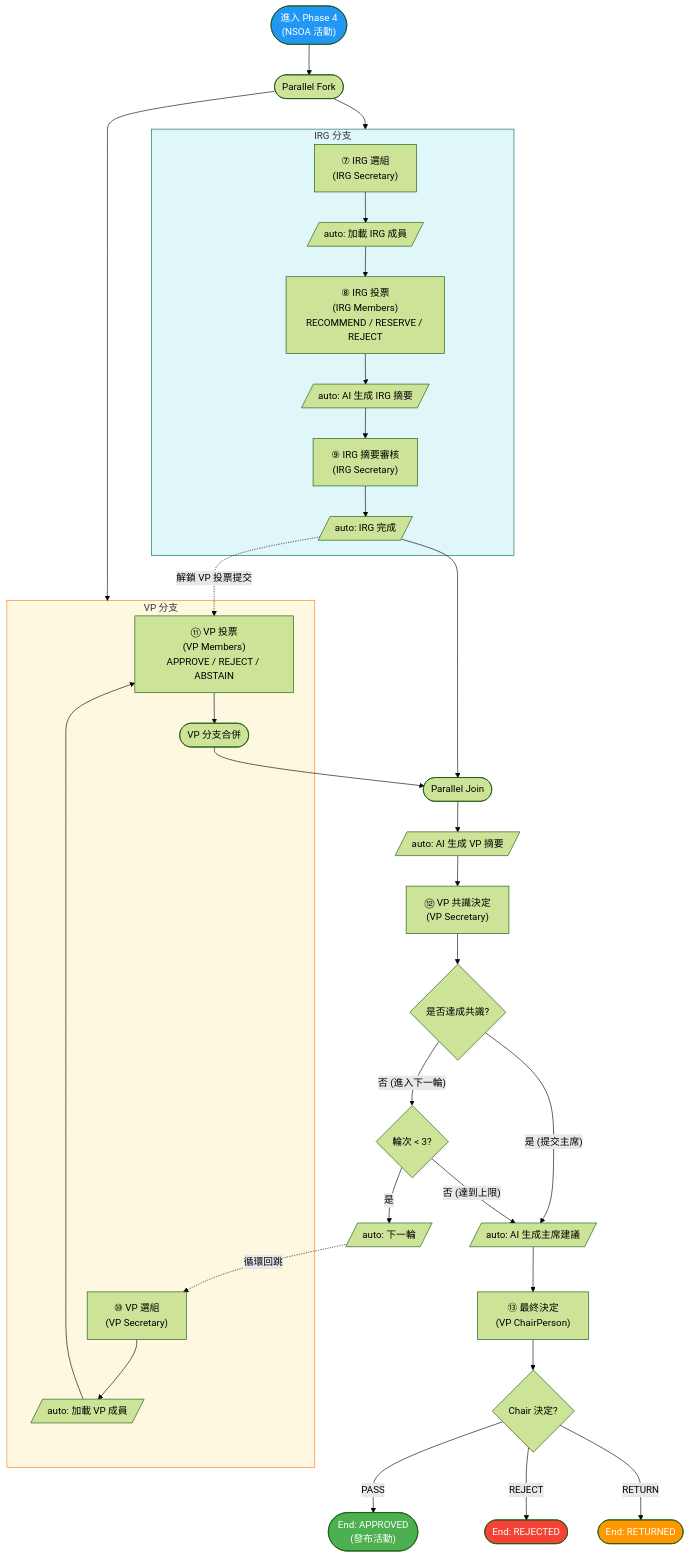
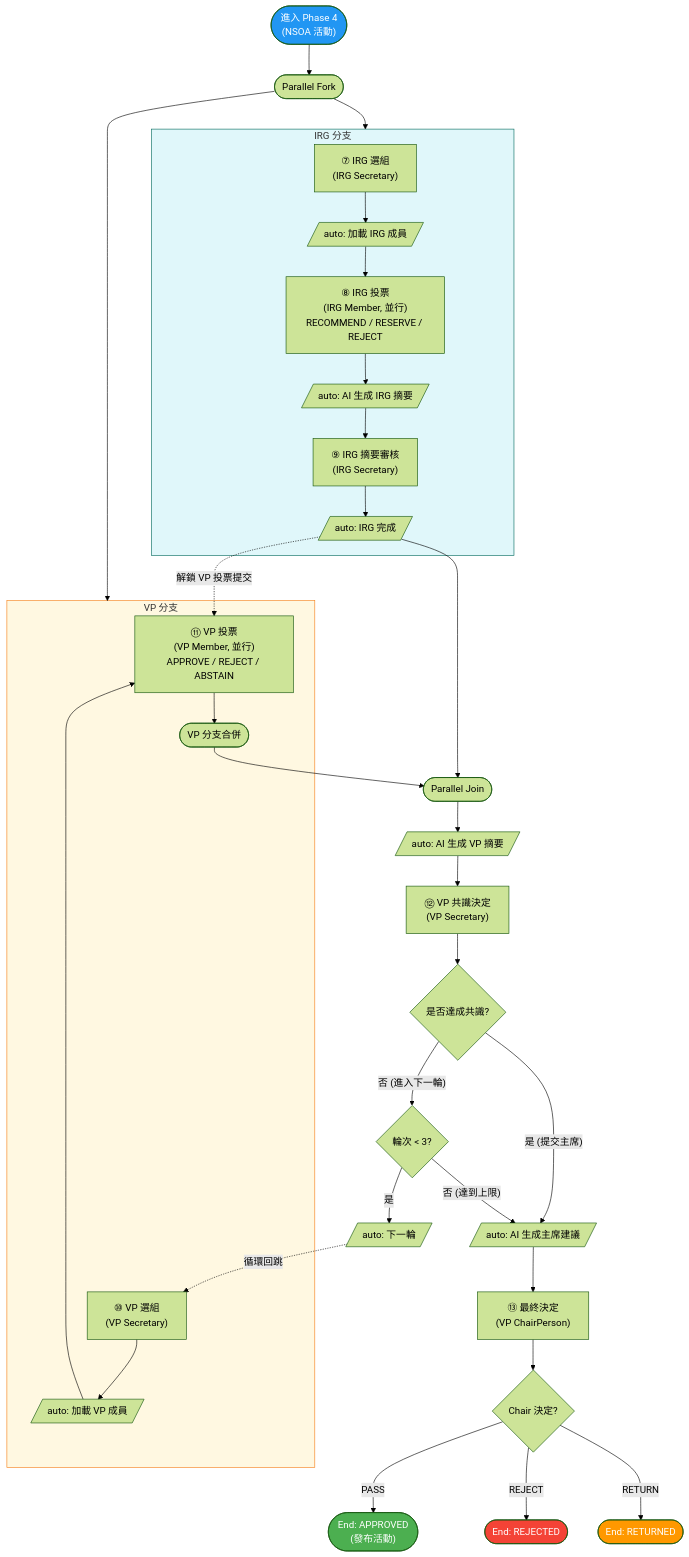
Before and after one commit to OneStar-Projects/SLAS-Docs: the third of 3 diagrams in activity-publish-workflow-design.md, drawn with Mermaid (forest theme). The commit also changed other lines of this file and 1 other file, not shown here.

````diff
--- a/activity-publish-workflow-design.md
+++ b/activity-publish-workflow-design.md
@@ -282,51 +294,51 @@
 ```mermaid
 flowchart TD
     Entry(["進入 Phase 4<br/>(NSOA 活動)"])
     Entry --> ParallelFork(["Parallel Fork"])
 
     ParallelFork --> IRGBranch
     ParallelFork --> VPBranch
 
     subgraph IRGBranch["IRG 分支"]
         IRGSelect["⑦ IRG 選組<br/>(IRG Secretary)"]
         IRGSelect --> LoadIRG[/"auto: 加載 IRG 成員"/]
-        LoadIRG --> IRGVote["⑧ IRG 投票<br/>(IRG Members)<br/>RECOMMEND / RESERVE / REJECT"]
+        LoadIRG --> IRGVote["⑧ IRG 投票<br/>(IRG Member, 並行)<br/>RECOMMEND / RESERVE / REJECT"]
         IRGVote --> IRGSummary[/"auto: AI 生成 IRG 摘要"/]
         IRGSummary --> IRGReview["⑨ IRG 摘要審核<br/>(IRG Secretary)"]
         IRGReview --> IRGDone[/"auto: IRG 完成"/]
     end
 
     subgraph VPBranch["VP 分支"]
         VPSelect["⑩ VP 選組<br/>(VP Secretary)"]
         VPSelect --> LoadVP[/"auto: 加載 VP 成員"/]
-        LoadVP --> VPVote["⑪ VP 投票<br/>(VP Members)<br/>APPROVE / REJECT / ABSTAIN"]
+        LoadVP --> VPVote["⑪ VP 投票<br/>(VP Member, 並行)<br/>APPROVE / REJECT / ABSTAIN"]
         VPVote --> VPMerge(["VP 分支合併"])
     end
 
     IRGDone -.->|"解鎖 VP 投票提交"| VPVote
     IRGDone --> Join(["Parallel Join"])
     VPMerge --> Join
 
     Join --> VPSummary[/"auto: AI 生成 VP 摘要"/]
     VPSummary --> VPDecide["⑫ VP 共識決定<br/>(VP Secretary)"]
     VPDecide --> Gate{是否達成共識?}
     Gate -->|"是 (提交主席)"| ChairAI
     Gate -->|"否 (進入下一輪)"| RoundCheck{輪次 < 3?}
     RoundCheck -->|"是"| Increment[/"auto: 下一輪"/]
     Increment -.->|"循環回跳"| VPSelect
     RoundCheck -->|"否 (達到上限)"| ChairAI
 
     ChairAI[/"auto: AI 生成主席建議"/]
     ChairAI --> Chair["⑬ 最終決定<br/>(VP ChairPerson)"]
     Chair --> FinalGate{Chair 決定?}
     FinalGate -->|"PASS"| EndApproved(["End: APPROVED<br/>(發布活動)"])
     FinalGate -->|"REJECT"| EndRejected(["End: REJECTED"])
     FinalGate -->|"RETURN"| EndReturned(["End: RETURNED"])
 
     style Entry fill:#2196F3,color:#fff
     style EndApproved fill:#4CAF50,color:#fff
     style EndRejected fill:#f44336,color:#fff
     style EndReturned fill:#FF9800,color:#fff
     style IRGBranch fill:#E0F7FA,stroke:#00695C
     style VPBranch fill:#FFF8E1,stroke:#F57F17
 ```
````
